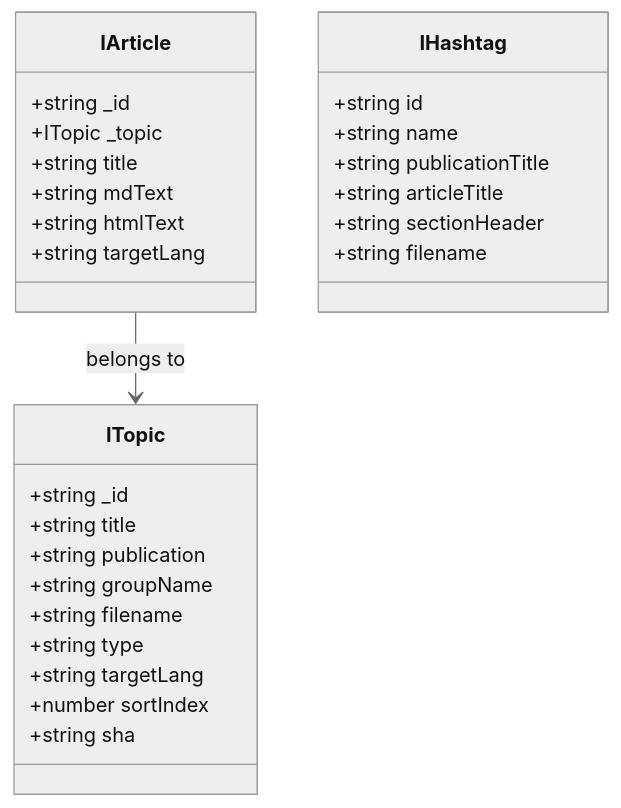
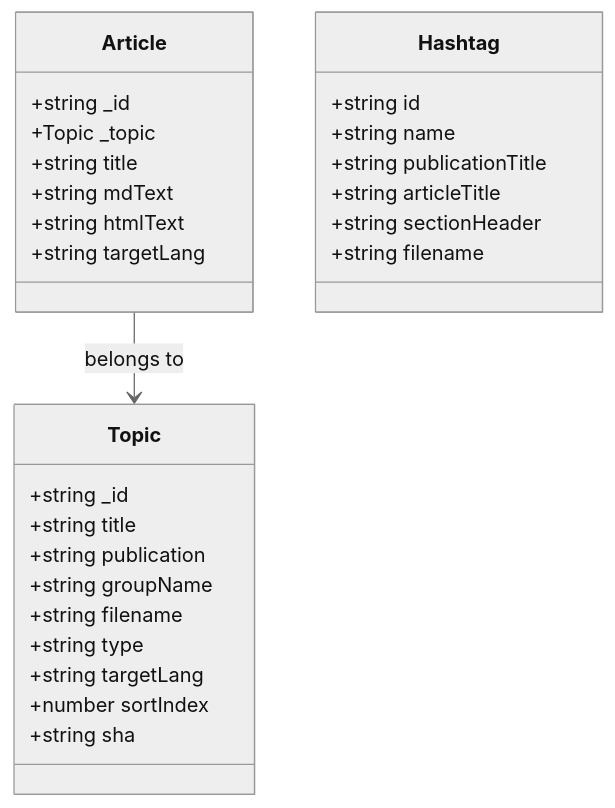
Diagram 15 of 17 in apps/web/ARCHITECTURE.md (remarcmij/taalwiz-mono), drawn with Mermaid (neutral theme) before and after one commit. The commit also changed other lines of this file and 31 other files, not shown here.

````diff
--- a/apps/web/ARCHITECTURE.md
+++ b/apps/web/ARCHITECTURE.md
@@ -637,34 +637,34 @@
 ```mermaid
 classDiagram
-    class ITopic {
+    class Topic {
         +string _id
         +string title
         +string publication
         +string groupName
         +string filename
         +string type
         +string targetLang
         +number sortIndex
         +string sha
     }
 
-    class IArticle {
+    class Article {
         +string _id
-        +ITopic _topic
+        +Topic _topic
         +string title
         +string mdText
         +string htmlText
         +string targetLang
     }
 
-    class IHashtag {
+    class Hashtag {
         +string id
         +string name
         +string publicationTitle
         +string articleTitle
         +string sectionHeader
         +string filename
     }
 
-    IArticle --> ITopic : belongs to
+    Article --> Topic : belongs to
 ```
````
